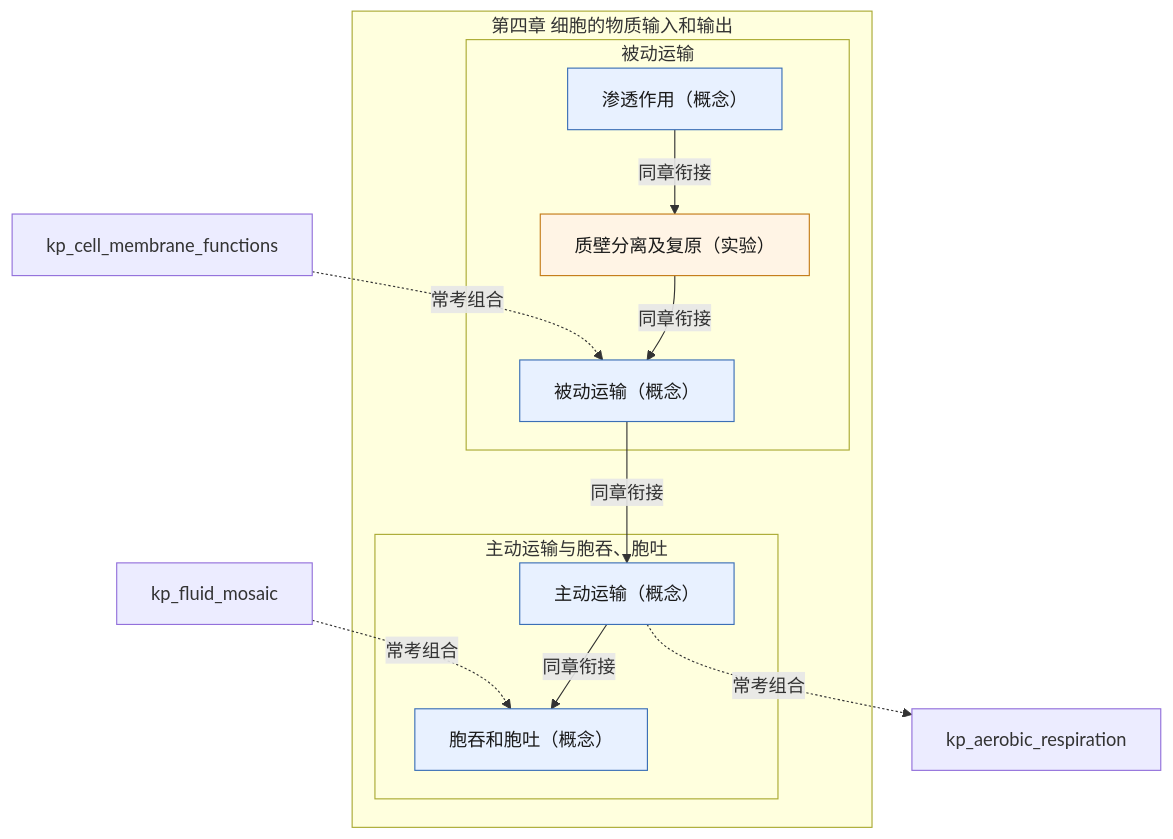
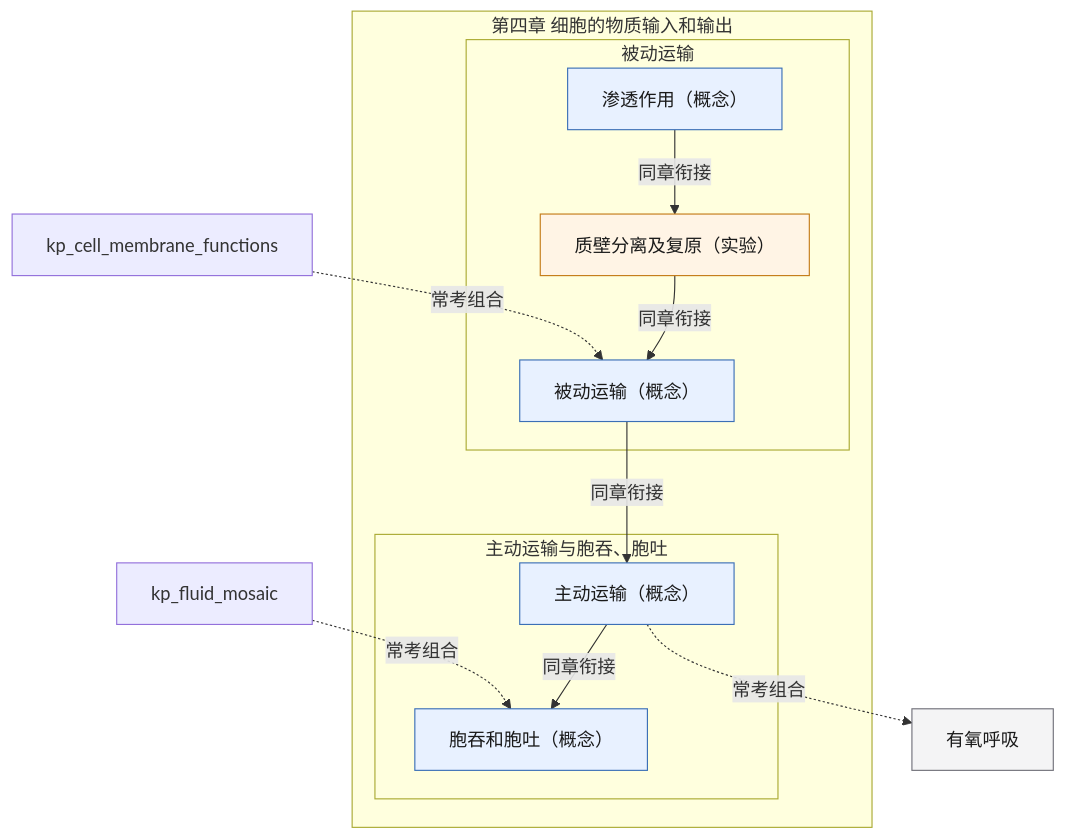
Before and after one commit to lihenair/high-school-ai-tutor-skill: the diagram in skills/high-school-ai-tutor/references/pep-bio-bx1-ch4.md, drawn with Mermaid. The commit also changed 20 other files, not shown here.

Commit message:
feat(graph): 跨章常考组合渲染为中文显示名（灰色外部节点），不再显示英文代号

````diff
--- a/skills/high-school-ai-tutor/references/pep-bio-bx1-ch4.md
+++ b/skills/high-school-ai-tutor/references/pep-bio-bx1-ch4.md
@@ -5,25 +5,25 @@
 ```mermaid
 flowchart TD
   classDef concept fill:#E8F1FF,stroke:#3B6FB6,color:#1A1A1A
   classDef skill fill:#E7F6EE,stroke:#2E7D4F,color:#1A1A1A
   classDef experiment fill:#FFF4E5,stroke:#C47B17,color:#1A1A1A
   classDef later fill:#F4F4F5,stroke:#71717A,color:#1A1A1A
   subgraph ch["第四章 细胞的物质输入和输出"]
     subgraph s1["被动运输"]
       kp_osmosis["渗透作用（概念）"]:::concept
       kp_plasmolysis["质壁分离及复原（实验）"]:::experiment
       kp_passive_transport["被动运输（概念）"]:::concept
     end
     subgraph s2["主动运输与胞吞、胞吐"]
       kp_active_transport["主动运输（概念）"]:::concept
       kp_endocytosis_exocytosis["胞吞和胞吐（概念）"]:::concept
     end
   end
   kp_osmosis -->|同章衔接| kp_plasmolysis
   kp_plasmolysis -->|同章衔接| kp_passive_transport
   kp_passive_transport -->|同章衔接| kp_active_transport
   kp_active_transport -->|同章衔接| kp_endocytosis_exocytosis
   kp_cell_membrane_functions -.->|常考组合| kp_passive_transport
   kp_fluid_mosaic -.->|常考组合| kp_endocytosis_exocytosis
-  kp_active_transport -.->|常考组合| kp_aerobic_respiration
+  kp_active_transport -.->|常考组合| kp_aerobic_respiration["有氧呼吸"]:::later
 ```
````
